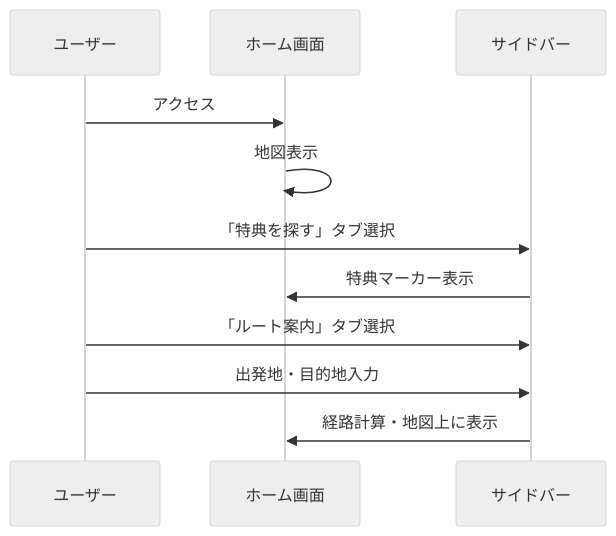
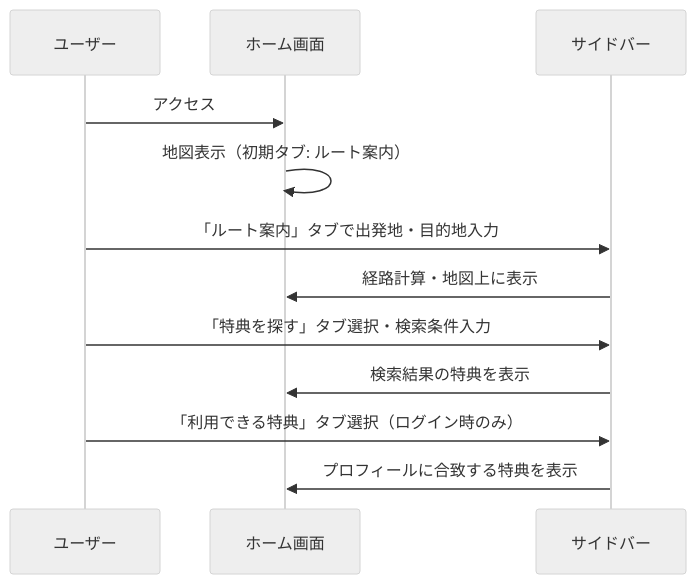
Before and after one commit to taichi0373/kumamoto-henno-map: the second of 8 diagrams in docs/02_functions/screen_flow.md, drawn with Mermaid (neutral theme). The commit also changed other lines of this file and 26 other files, not shown here.

````diff
--- a/docs/02_functions/screen_flow.md
+++ b/docs/02_functions/screen_flow.md
@@ -41,14 +55,15 @@
 ```mermaid
 sequenceDiagram
     participant User as ユーザー
     participant Home as ホーム画面
     participant Sidebar as サイドバー
 
     User->>Home: アクセス
-    Home->>Home: 地図表示
-    User->>Sidebar: 「特典を探す」タブ選択
-    Sidebar->>Home: 特典マーカー表示
-    User->>Sidebar: 「ルート案内」タブ選択
-    User->>Sidebar: 出発地・目的地入力
+    Home->>Home: 地図表示（初期タブ: ルート案内）
+    User->>Sidebar: 「ルート案内」タブで出発地・目的地入力
     Sidebar->>Home: 経路計算・地図上に表示
+    User->>Sidebar: 「特典を探す」タブ選択・検索条件入力
+    Sidebar->>Home: 検索結果の特典を表示
+    User->>Sidebar: 「利用できる特典」タブ選択（ログイン時のみ）
+    Sidebar->>Home: プロフィールに合致する特典を表示
 ```
````
